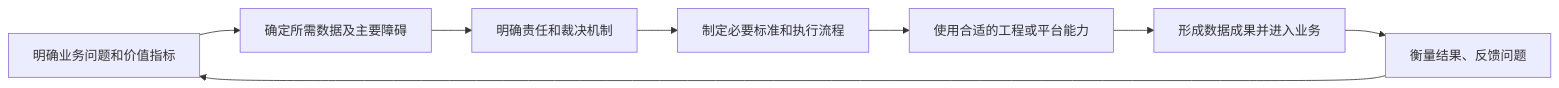
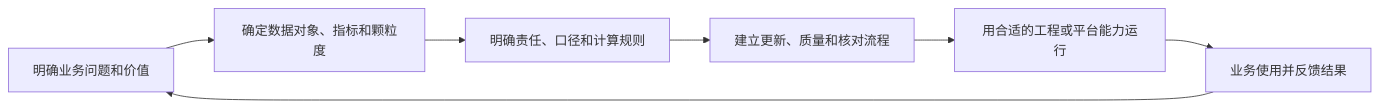
The diagram in docs/books/数据治理100问/01-总则与战略篇/005-数据治理应该从哪里开始.md (pampa0629/addp), drawn with Mermaid before and after one commit. The commit also changed other lines of this file and 111 other files, not shown here.

````diff
--- a/docs/books/数据治理100问/01-总则与战略篇/005-数据治理应该从哪里开始.md
+++ b/docs/books/数据治理100问/01-总则与战略篇/005-数据治理应该从哪里开始.md
@@ -84,10 +61,9 @@
 ```mermaid
 flowchart LR
-    A["明确业务问题和价值指标"] --> B["确定所需数据及主要障碍"]
-    B --> C["明确责任和裁决机制"]
-    C --> D["制定必要标准和执行流程"]
-    D --> E["使用合适的工程或平台能力"]
-    E --> F["形成数据成果并进入业务"]
-    F --> G["衡量结果、反馈问题"]
-    G --> A
+    A["明确业务问题和价值"] --> B["确定数据对象、指标和颗粒度"]
+    B --> C["明确责任、口径和计算规则"]
+    C --> D["建立更新、质量和核对流程"]
+    D --> E["用合适的工程或平台能力运行"]
+    E --> F["业务使用并反馈结果"]
+    F --> A
 ```
````
